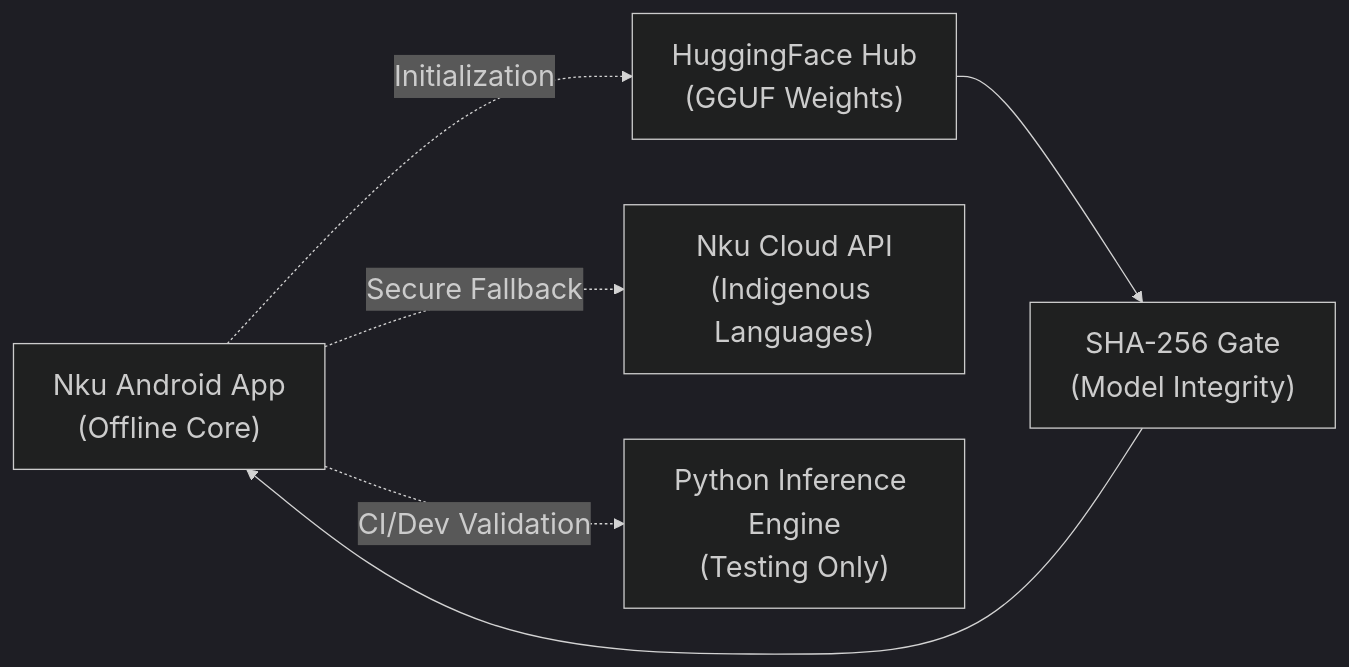
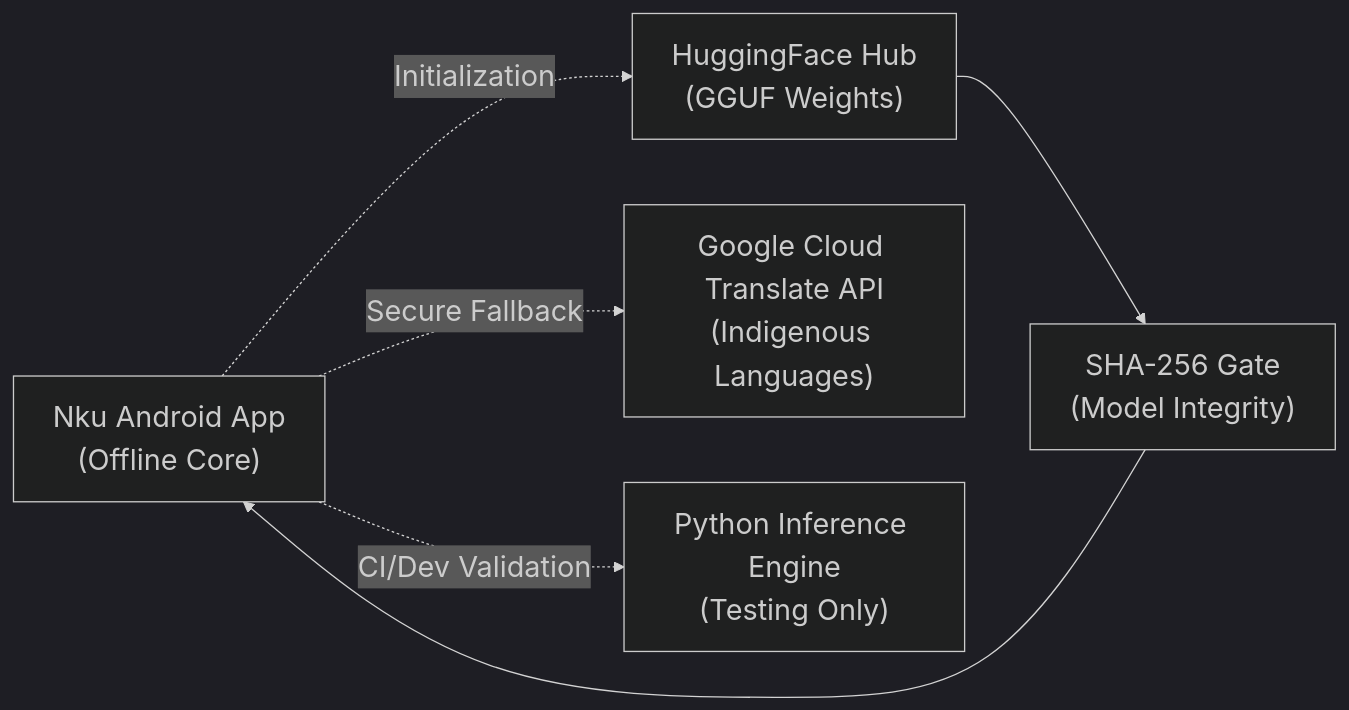
The diagram in docs/assets/arch_network.mmd (Elormyevu/nku-medgemma-conversion), drawn with Mermaid before and after one commit. The commit also changed 8 other files, not shown here.

Commit message:
docs: global correction of Nku Cloud API to Google Cloud Translate API

```diff
--- a/docs/assets/arch_network.mmd
+++ b/docs/assets/arch_network.mmd
@@ -1,7 +1,7 @@
 %%{init: {'theme':'dark', 'themeVariables':{'fontSize':'22px'}}}%%
 graph LR
     App["Nku Android App\n(Offline Core)"] -.->|Initialization| HF["HuggingFace Hub\n(GGUF Weights)"]
     HF --> SecGate["SHA-256 Gate\n(Model Integrity)"]
     SecGate --> App
-    App -.->|Secure Fallback| CloudAPI["Nku Cloud API\n(Indigenous Languages)"]
+    App -.->|Secure Fallback| CloudAPI["Google Cloud Translate API\n(Indigenous Languages)"]
     App -.->|CI/Dev Validation| Backend["Python Inference Engine\n(Testing Only)"]
```
